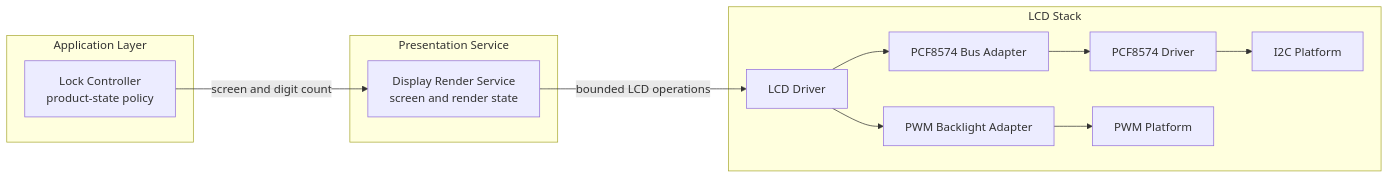
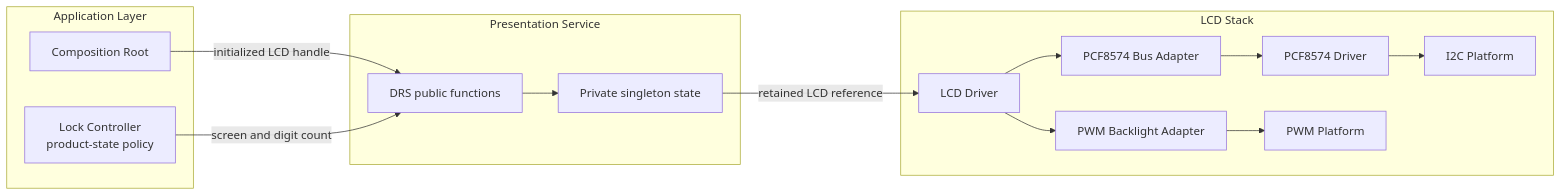
The first of 4 diagrams in Libs/Services/Display_Render/README.md (JP-REY/STM32F103C8T6-Based-Electronic-Lock), drawn with Mermaid before and after one commit. The commit also changed other lines of this file and 2 other files, not shown here.

First line of the commit message:
refactor(display-render): encapsulate service as singleton

````diff
--- a/Libs/Services/Display_Render/README.md
+++ b/Libs/Services/Display_Render/README.md
@@ -112,24 +97,28 @@
 ```mermaid
 flowchart LR
     subgraph APPLICATION["Application Layer"]
+        ROOT["Composition Root"]
         CTRL["Lock Controller<br/>product-state policy"]
     end
 
-    subgraph SERVICE["Presentation Service"]
-        DRS["Display Render Service<br/>screen and render state"]
+    subgraph PRESENTATION["Presentation Service"]
+        API["DRS public functions"]
+        STATE["Private singleton state"]
     end
 
     subgraph LCDSTACK["LCD Stack"]
         LCD["LCD Driver"]
         BUS["PCF8574 Bus Adapter"]
         PCF["PCF8574 Driver"]
         I2C["I2C Platform"]
         BL["PWM Backlight Adapter"]
         PWM["PWM Platform"]
     end
 
-    CTRL -->|"screen and digit count"| DRS
-    DRS -->|"bounded LCD operations"| LCD
+    ROOT -->|"initialized LCD handle"| API
+    CTRL -->|"screen and digit count"| API
+    API --> STATE
+    STATE -->|"retained LCD reference"| LCD
     LCD --> BUS --> PCF --> I2C
     LCD --> BL --> PWM
 ```
````
